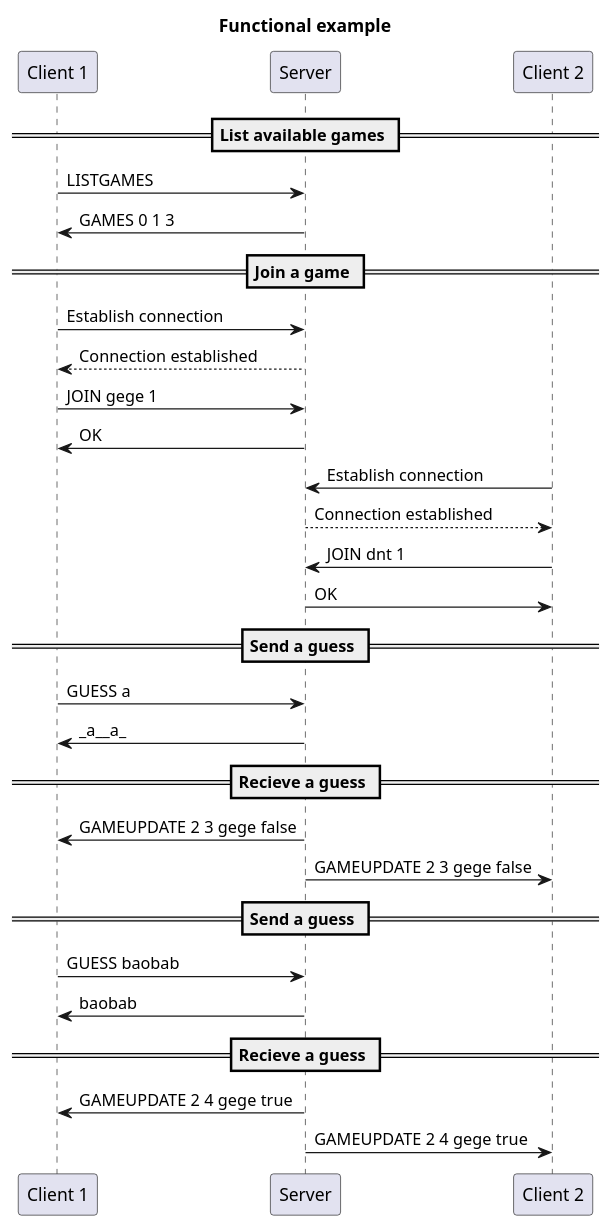
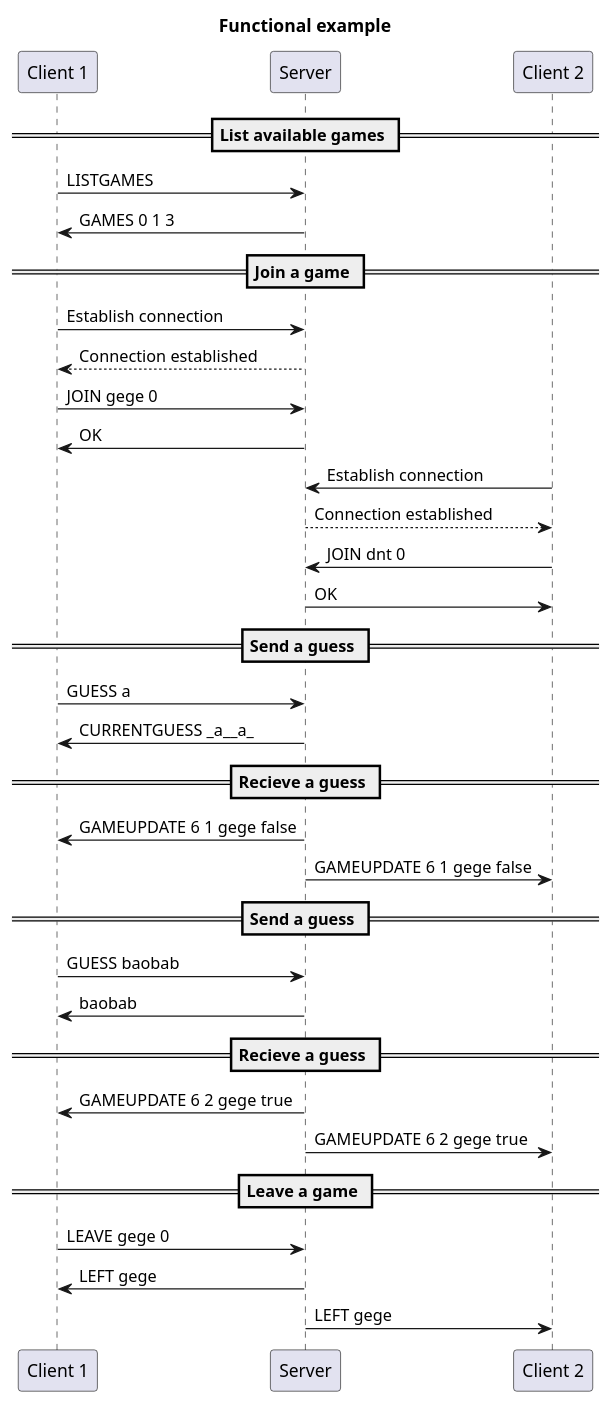
One commit to GianniCecchetto/dai-practical-work-2-hangman changed the diagram in content/functionalExample.puml. Above: the diagram before and after it, drawn with PlantUML. The commit also changed 14 other files, not shown here.

```diff
--- a/content/functionalExample.puml
+++ b/content/functionalExample.puml
@@ -1,40 +1,45 @@
 @startuml functionalExample
 
 title Functional example
 
 participant "Client 1" as Client1
 participant "Server" as Server
 participant "Client 2" as Client2
 
 == List available games ==
 Client1->Server: LISTGAMES
 Server->Client1: GAMES 0 1 3
 
 == Join a game ==
 Client1->Server: Establish connection
 Server-->Client1: Connection established
-Client1->Server: JOIN gege 1
+Client1->Server: JOIN gege 0
 Server->Client1: OK
 
 Client2->Server: Establish connection
 Server-->Client2: Connection established
-Client2->Server: JOIN dnt 1
+Client2->Server: JOIN dnt 0
 Server->Client2: OK
 
 == Send a guess ==
 Client1->Server: GUESS a
-Server->Client1: _a__a_
+Server->Client1: CURRENTGUESS _a__a_
 
 == Recieve a guess ==
-Server->Client1: GAMEUPDATE 2 3 gege false
-Server->Client2: GAMEUPDATE 2 3 gege false
+Server->Client1: GAMEUPDATE 6 1 gege false
+Server->Client2: GAMEUPDATE 6 1 gege false
 
 == Send a guess ==
 Client1->Server: GUESS baobab
 Server->Client1: baobab
 
 == Recieve a guess ==
-Server->Client1: GAMEUPDATE 2 4 gege true
-Server->Client2: GAMEUPDATE 2 4 gege true
+Server->Client1: GAMEUPDATE 6 2 gege true
+Server->Client2: GAMEUPDATE 6 2 gege true
+
+== Leave a game ==
+Client1->Server: LEAVE gege 0
+Server->Client1: LEFT gege
+Server->Client2: LEFT gege
 
 @enduml
```
